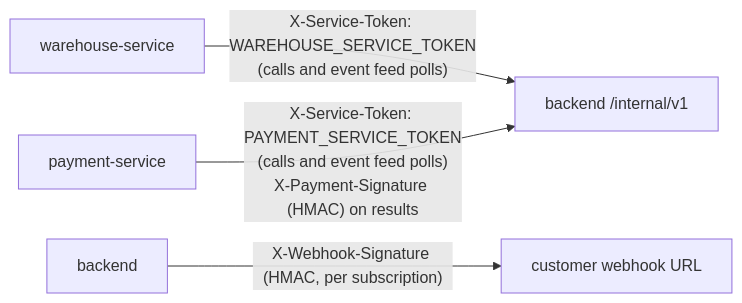
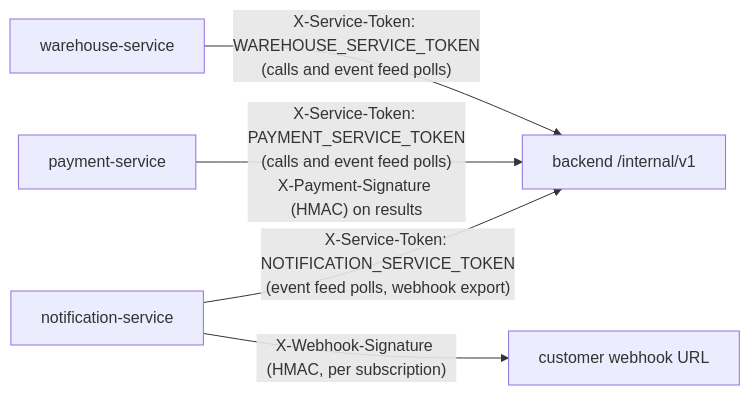
Before and after one commit to slawekradzyminski/awesome-localstack: the diagram in docs-site/docs/architecture/service-trust.md, drawn with Mermaid. The commit also changed other lines of this file and 32 other files, not shown here.

First line of the commit message:
Document notification-service, reservations and split shipments

````diff
--- a/docs-site/docs/architecture/service-trust.md
+++ b/docs-site/docs/architecture/service-trust.md
@@ -7,6 +7,7 @@
 ```mermaid
 flowchart LR
     W[warehouse-service] -- "X-Service-Token: WAREHOUSE_SERVICE_TOKEN<br/>(calls and event feed polls)" --> I["backend /internal/v1"]
     P[payment-service] -- "X-Service-Token: PAYMENT_SERVICE_TOKEN<br/>(calls and event feed polls)<br/>X-Payment-Signature (HMAC) on results" --> I
-    B[backend] -- "X-Webhook-Signature (HMAC, per subscription)" --> U[customer webhook URL]
+    N[notification-service] -- "X-Service-Token: NOTIFICATION_SERVICE_TOKEN<br/>(event feed polls, webhook export)" --> I
+    N -- "X-Webhook-Signature (HMAC, per subscription)" --> U[customer webhook URL]
 ```
````
